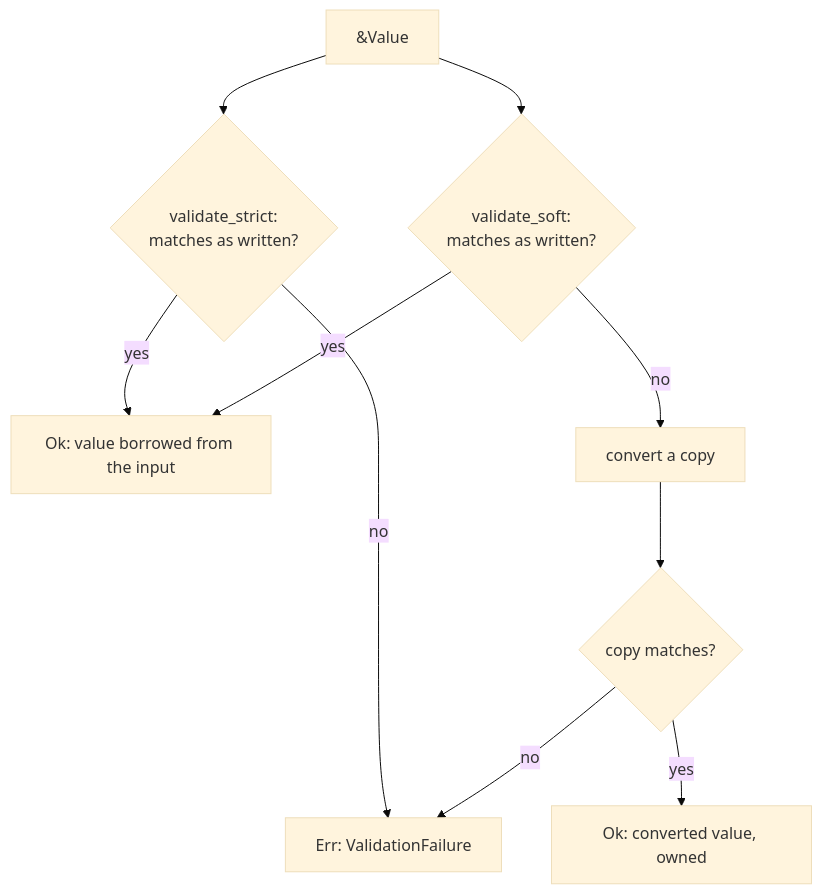
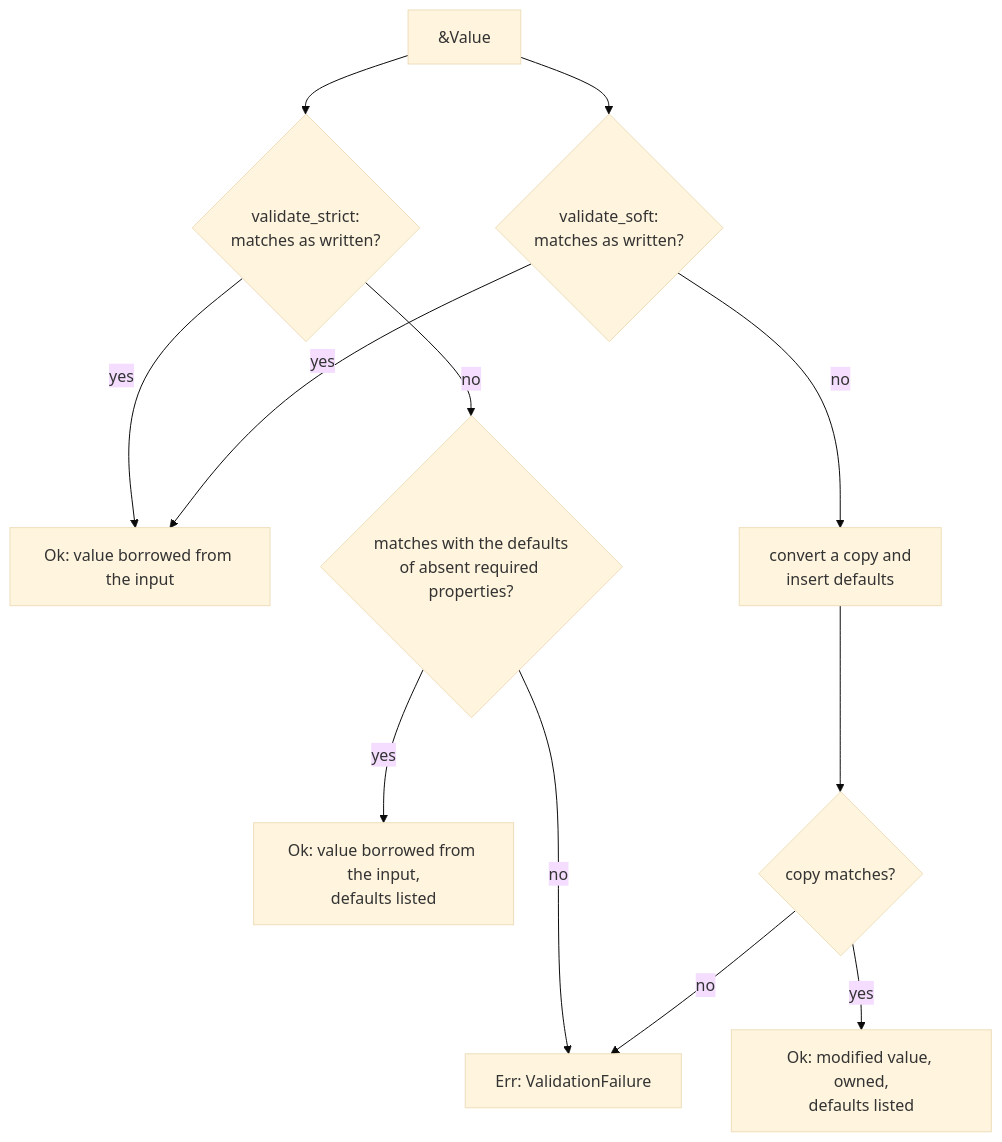
The second of 2 diagrams in simplified-schema/docs/topics/validation.md (yankeeinlondon/rusty-biscuit), drawn with Mermaid (base theme) before and after one commit. The commit also changed other lines of this file and 62 other files, not shown here.

First line of the commit message:
feat: apply required defaults during schema validation

````diff
--- a/simplified-schema/docs/topics/validation.md
+++ b/simplified-schema/docs/topics/validation.md
@@ -72,12 +76,14 @@
 ```mermaid
 flowchart TD
     input["&Value"] --> strict{"validate_strict:<br/>matches as written?"}
     strict -- yes --> borrowed["Ok: value borrowed from the input"]
-    strict -- no --> failure["Err: ValidationFailure"]
+    strict -- no --> completed{"matches with the defaults<br/>of absent required properties?"}
+    completed -- yes --> withdefaults["Ok: value borrowed from the input,<br/>defaults listed"]
+    completed -- no --> failure["Err: ValidationFailure"]
     input --> soft{"validate_soft:<br/>matches as written?"}
     soft -- yes --> borrowed
-    soft -- no --> convert["convert a copy"]
+    soft -- no --> convert["convert a copy and<br/>insert defaults"]
     convert --> judged{"copy matches?"}
-    judged -- yes --> owned["Ok: converted value, owned"]
+    judged -- yes --> owned["Ok: modified value, owned,<br/>defaults listed"]
     judged -- no --> failure
 ```
````
